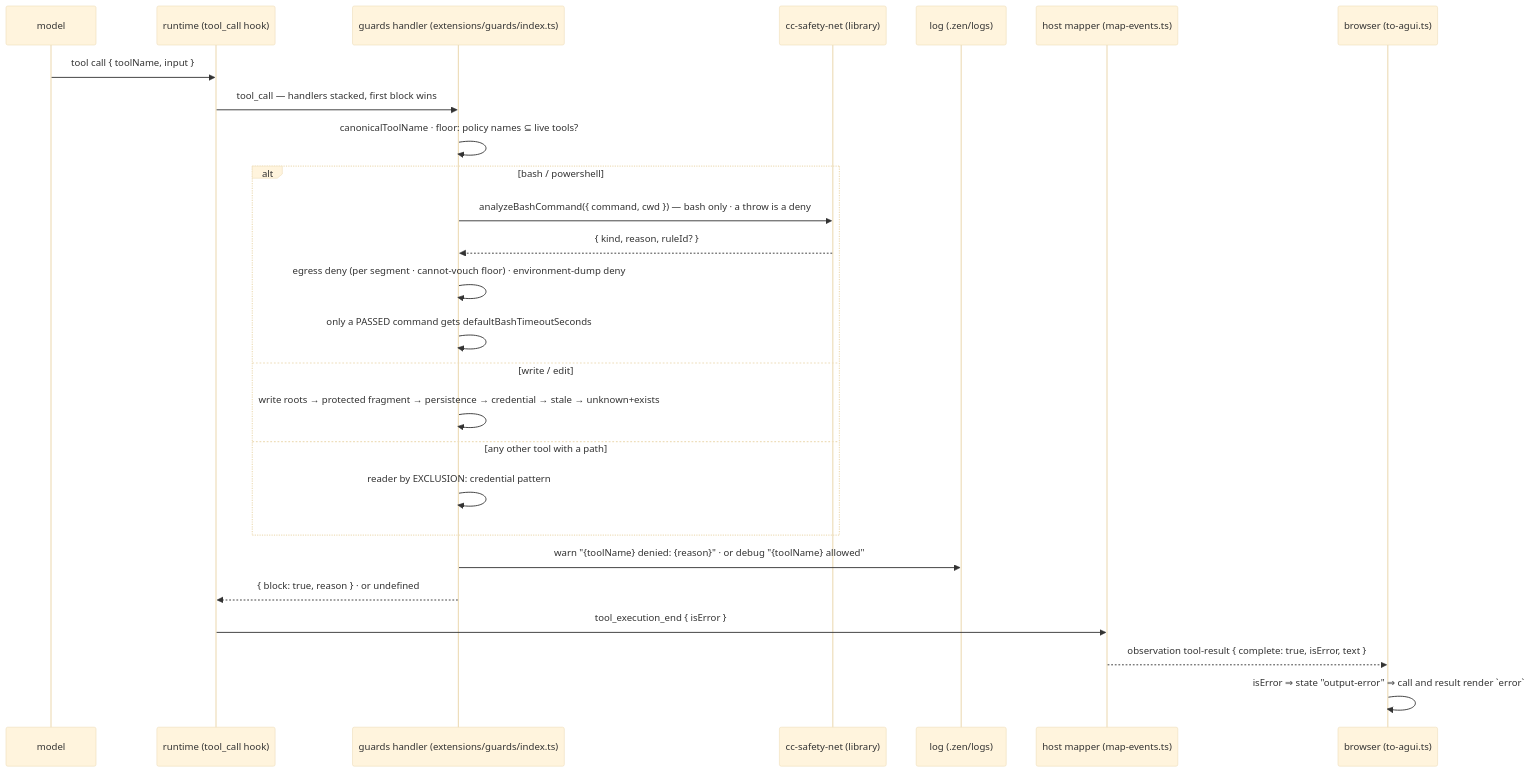
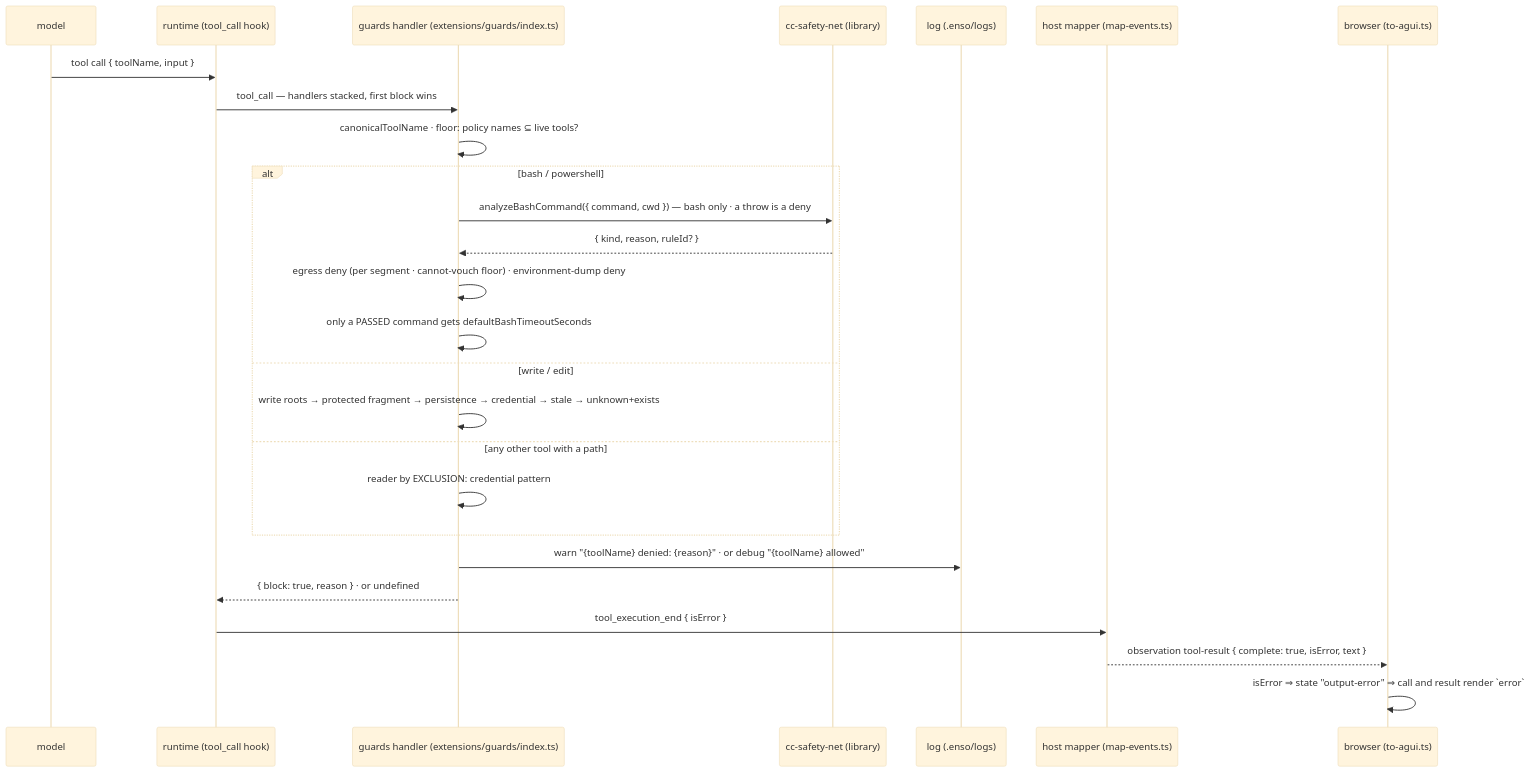
One commit to dopamine911/enso-harness changed the diagram in docs/flows/guarded-tool-call.md. Above: the diagram before and after it, drawn with Mermaid (base theme). The commit also changed 221 other files, not shown here.

First line of the commit message:
zen-harness is Enso

````diff
--- a/docs/flows/guarded-tool-call.md
+++ b/docs/flows/guarded-tool-call.md
@@ -13,29 +13,29 @@
 ```mermaid
 sequenceDiagram
   participant M as model
   participant P as runtime (tool_call hook)
   participant G as guards handler (extensions/guards/index.ts)
   participant A as cc-safety-net (library)
-  participant L as log (.zen/logs)
+  participant L as log (.enso/logs)
   participant H as host mapper (map-events.ts)
   participant B as browser (to-agui.ts)
 
   M->>P: tool call { toolName, input }
   P->>G: tool_call — handlers stacked, first block wins
   G->>G: canonicalToolName · floor: policy names ⊆ live tools?
   alt bash / powershell
     G->>A: analyzeBashCommand({ command, cwd }) — bash only · a throw is a deny
     A-->>G: { kind, reason, ruleId? }
     G->>G: egress deny (per segment · cannot-vouch floor) · environment-dump deny
     G->>G: only a PASSED command gets defaultBashTimeoutSeconds
   else write / edit
     G->>G: write roots → protected fragment → persistence → credential → stale → unknown+exists
   else any other tool with a path
     G->>G: reader by EXCLUSION: credential pattern
   end
   G->>L: warn "{toolName} denied: {reason}" · or debug "{toolName} allowed"
   G-->>P: { block: true, reason } · or undefined
   P->>H: tool_execution_end { isError }
   H-->>B: observation tool-result { complete: true, isError, text }
   B->>B: isError ⇒ state "output-error" ⇒ call and result render `error`
 ```
````
